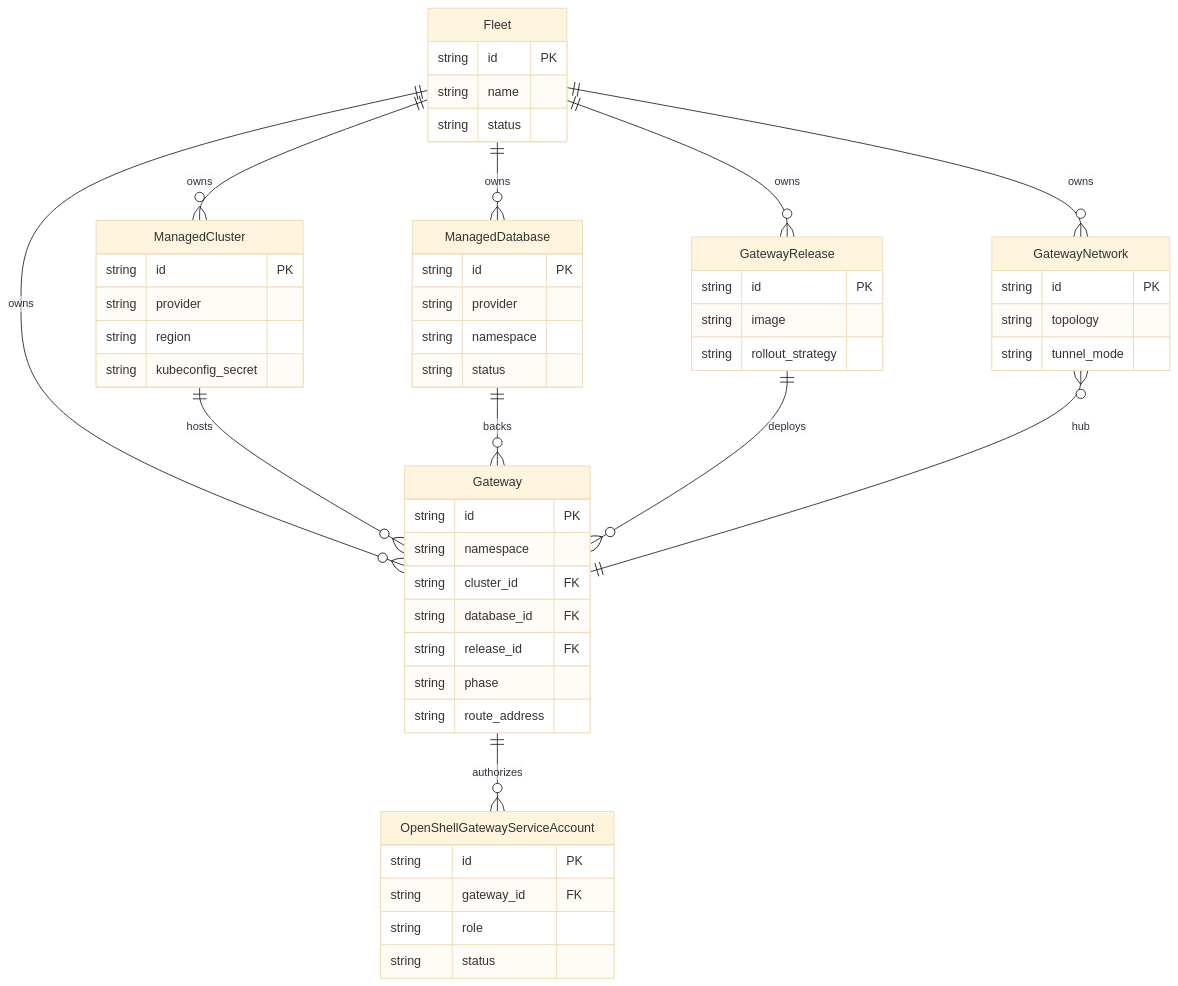
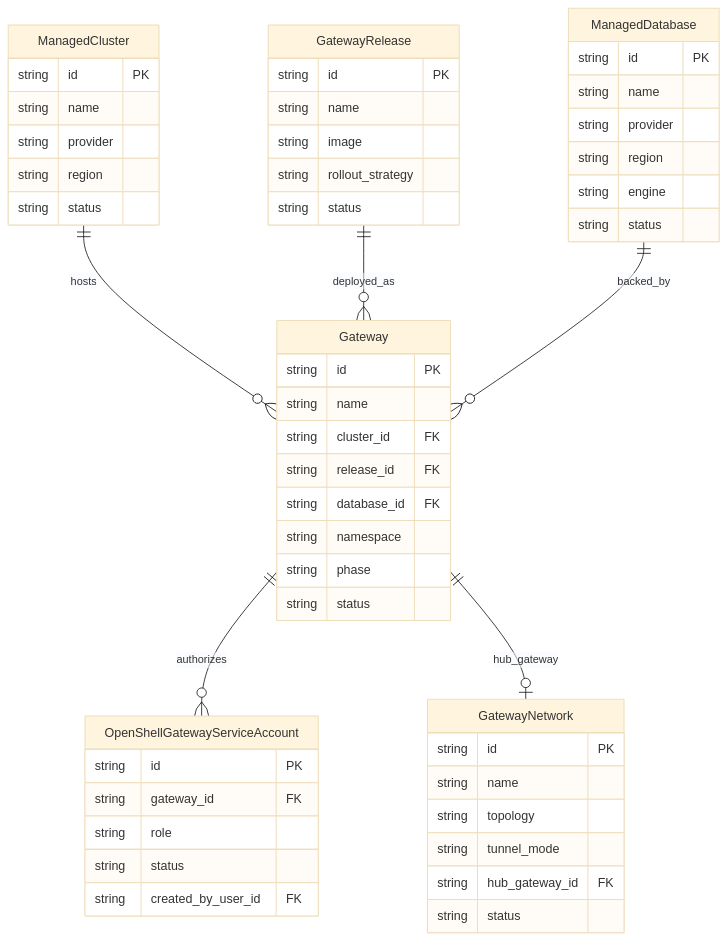
The diagram in docs/architecture/source/domain-model.md (openshift-online/hypershell), drawn with Mermaid (base theme) before and after one commit. The commit also changed other lines of this file and 3 other files, not shown here.

````diff
--- a/docs/architecture/source/domain-model.md
+++ b/docs/architecture/source/domain-model.md
@@ -9,55 +9,55 @@
 ```mermaid
 erDiagram
-  Fleet ||--o{ ManagedCluster : owns
-  Fleet ||--o{ ManagedDatabase : owns
-  Fleet ||--o{ GatewayRelease : owns
-  Fleet ||--o{ Gateway : owns
-  Fleet ||--o{ GatewayNetwork : owns
   ManagedCluster ||--o{ Gateway : hosts
-  ManagedDatabase ||--o{ Gateway : backs
-  GatewayRelease ||--o{ Gateway : deploys
+  GatewayRelease ||--o{ Gateway : deployed_as
+  ManagedDatabase ||--o{ Gateway : backed_by
   Gateway ||--o{ OpenShellGatewayServiceAccount : authorizes
-  GatewayNetwork }o--|| Gateway : hub
-  Fleet {
+  Gateway ||--o| GatewayNetwork : hub_gateway
+  ManagedCluster {
     string id PK
     string name
-    string status
-  }
-  ManagedCluster {
-    string id PK
     string provider
     string region
-    string kubeconfig_secret
+    string status
   }
   ManagedDatabase {
     string id PK
+    string name
     string provider
-    string namespace
+    string region
+    string engine
     string status
   }
   GatewayRelease {
     string id PK
+    string name
     string image
     string rollout_strategy
+    string status
   }
   Gateway {
     string id PK
+    string name
+    string cluster_id FK
+    string release_id FK
+    string database_id FK
     string namespace
-    string cluster_id FK
-    string database_id FK
-    string release_id FK
     string phase
-    string route_address
-  }
-  GatewayNetwork {
-    string id PK
-    string topology
-    string tunnel_mode
+    string status
   }
   OpenShellGatewayServiceAccount {
     string id PK
     string gateway_id FK
     string role
     string status
+    string created_by_user_id FK
+  }
+  GatewayNetwork {
+    string id PK
+    string name
+    string topology
+    string tunnel_mode
+    string hub_gateway_id FK
+    string status
   }
 ```
````
